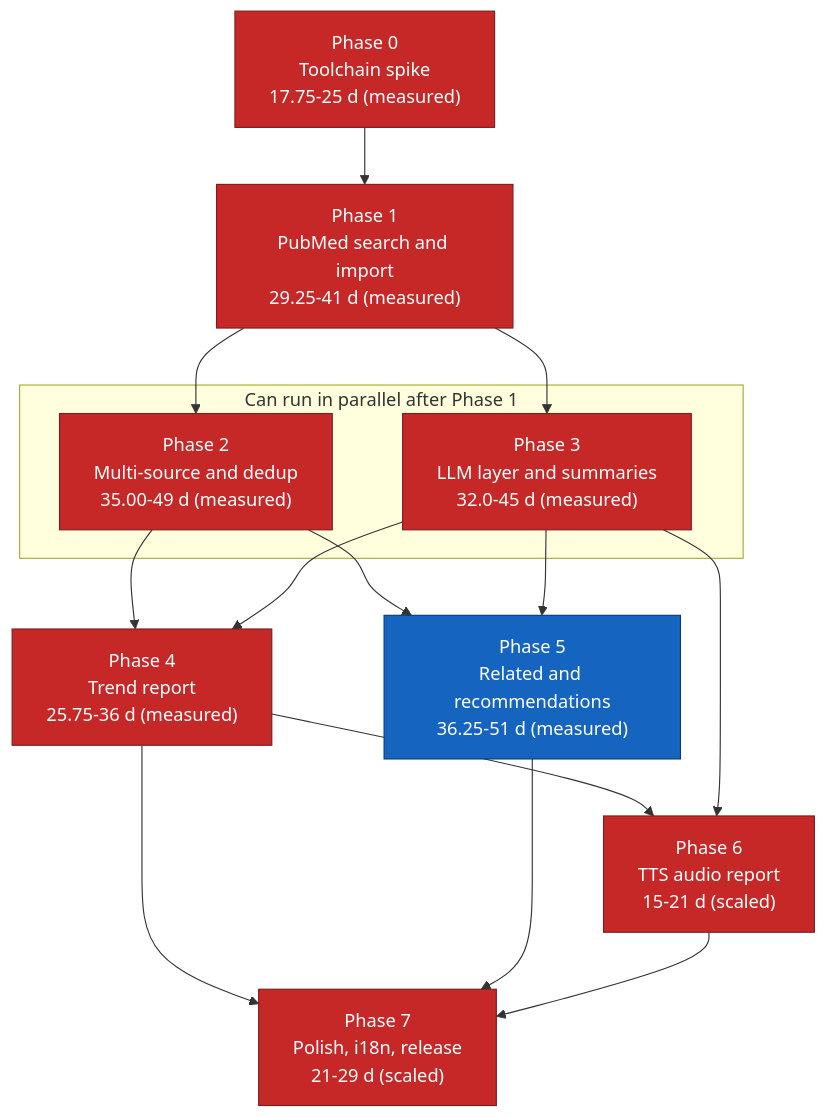
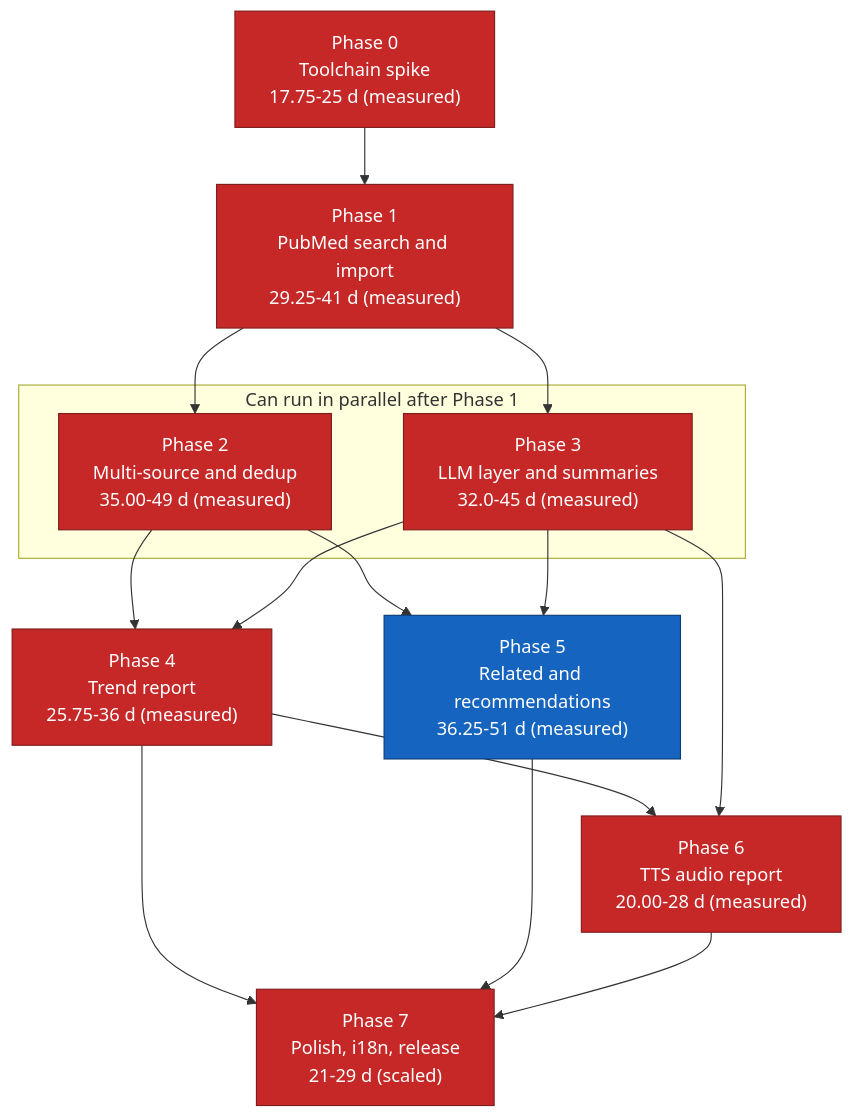
Before and after one commit to suppakoko/research_helper: the diagram in docs/11-implementation-roadmap.md, drawn with Mermaid. The commit also changed other lines of this file and 14 other files, not shown here.

Commit message:
Phase 6 decomposed: 19 cards, 20.00-28 d; owner's four audio decisions recorded (item 378)

````diff
--- a/docs/11-implementation-roadmap.md
+++ b/docs/11-implementation-roadmap.md
@@ -326,34 +326,34 @@
 ```mermaid
 graph TD
     P0["Phase 0<br/>Toolchain spike<br/>17.75-25 d (measured)"]
     P1["Phase 1<br/>PubMed search and import<br/>29.25-41 d (measured)"]
     P2["Phase 2<br/>Multi-source and dedup<br/>35.00-49 d (measured)"]
     P3["Phase 3<br/>LLM layer and summaries<br/>32.0-45 d (measured)"]
     P4["Phase 4<br/>Trend report<br/>25.75-36 d (measured)"]
     P5["Phase 5<br/>Related and recommendations<br/>36.25-51 d (measured)"]
-    P6["Phase 6<br/>TTS audio report<br/>15-21 d (scaled)"]
+    P6["Phase 6<br/>TTS audio report<br/>20.00-28 d (measured)"]
     P7["Phase 7<br/>Polish, i18n, release<br/>21-29 d (scaled)"]
 
     P0 --> P1
     P1 --> P2
     P1 --> P3
     P2 --> P4
     P3 --> P4
     P2 --> P5
     P3 --> P5
     P4 --> P6
     P3 --> P6
     P4 --> P7
     P5 --> P7
     P6 --> P7
 
     subgraph parallel["Can run in parallel after Phase 1"]
         P2
         P3
     end
 
     classDef critical fill:#c62828,stroke:#7f1d1d,color:#ffffff
     classDef normal fill:#1565c0,stroke:#0d3c73,color:#ffffff
     class P0,P1,P2,P3,P4,P6,P7 critical
     class P5 normal
 ```
````
